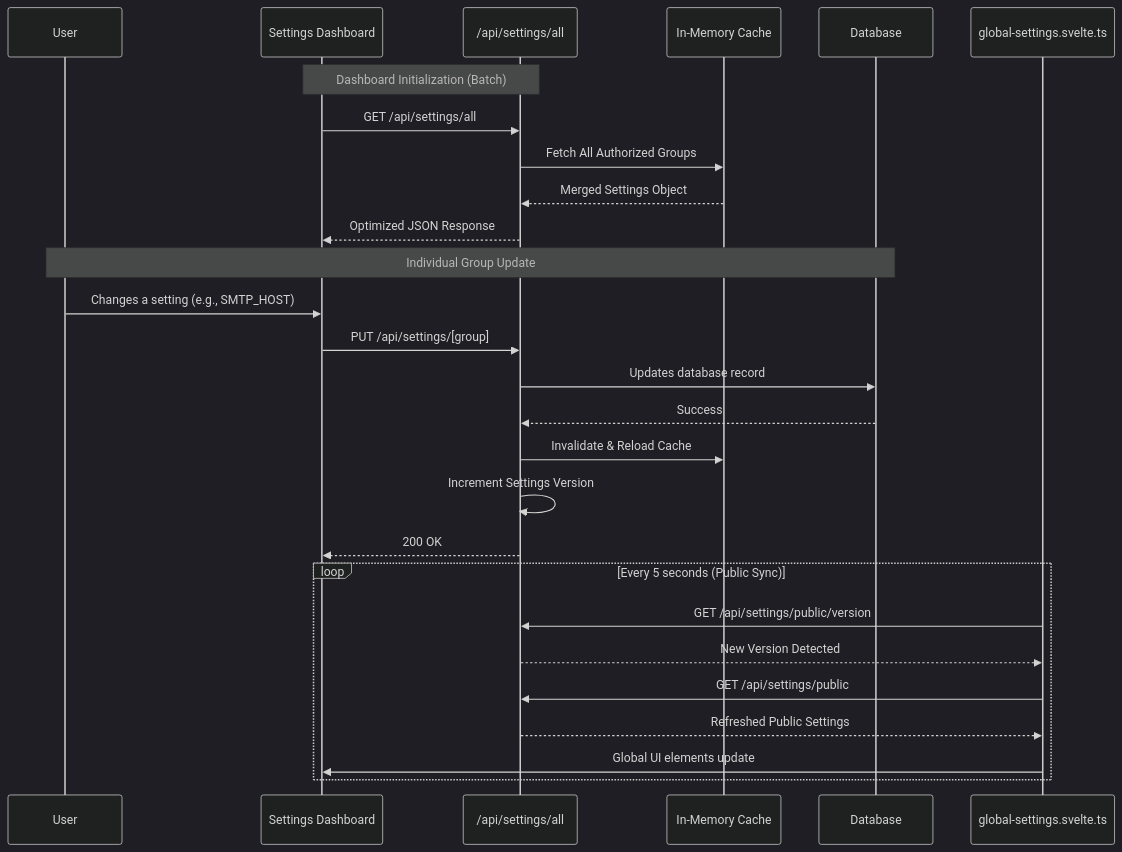
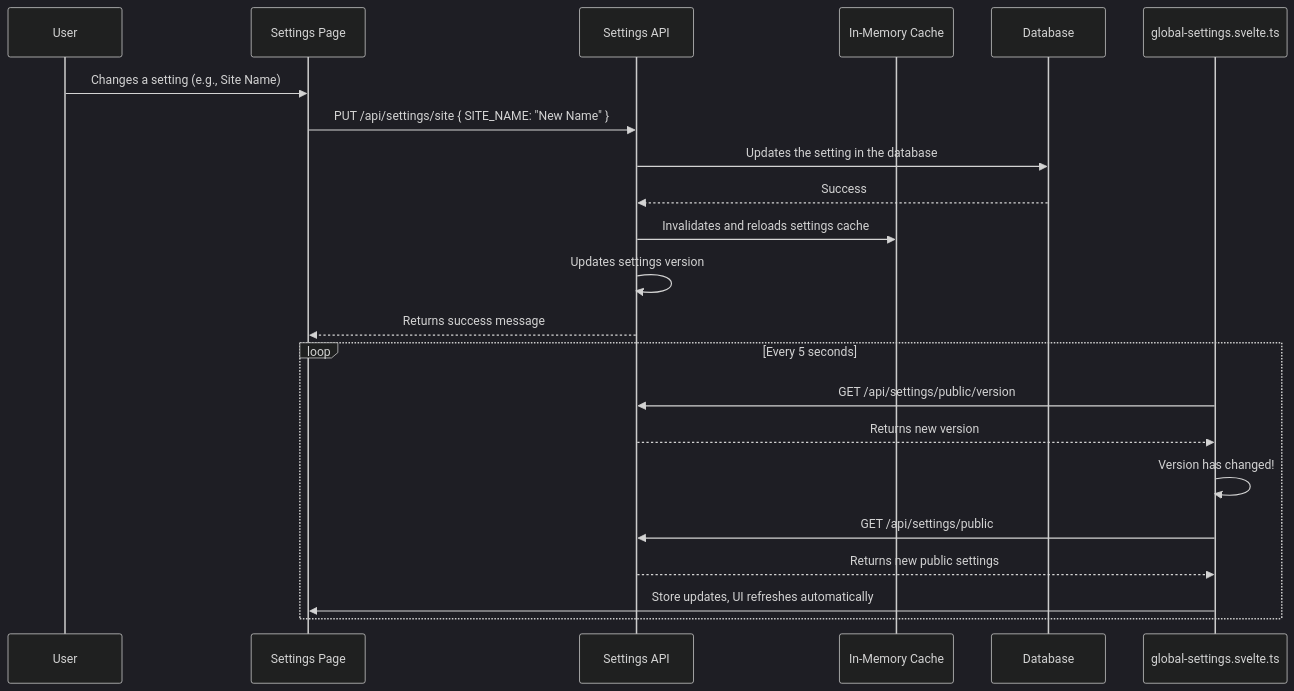
Before and after one commit to SveltyCMS/SveltyCMS: the diagram in docs/architecture/system-settings-architecture.mdx, drawn with Mermaid (dark theme). The commit also changed other lines of this file and 1049 other files, not shown here.

````diff
--- a/docs/architecture/system-settings-architecture.mdx
+++ b/docs/architecture/system-settings-architecture.mdx
@@ -38,32 +36,26 @@
 ```mermaid
 sequenceDiagram
     participant User
-    participant UI as Settings Dashboard
-    participant API as /api/settings/all
+    participant UI as Settings Page
+    participant API as Settings API
     participant ServerCache as In-Memory Cache
     participant DB as Database
     participant ClientStore as global-settings.svelte.ts
 
-    Note over UI, API: Dashboard Initialization (Batch)
-    UI->>API: GET /api/settings/all
-    API->>ServerCache: Fetch All Authorized Groups
-    ServerCache-->>API: Merged Settings Object
-    API-->>UI: Optimized JSON Response
+    User->>UI: Changes a setting (e.g., Site Name)
+    UI->>API: PUT /api/settings/site { SITE_NAME: "New Name" }
+    API->>DB: Updates the setting in the database
+    DB-->>API: Success
+    API->>ServerCache: Invalidates and reloads settings cache
+    API->>API: Updates settings version
+    API-->>UI: Returns success message
 
-    Note over User, DB: Individual Group Update
-    User->>UI: Changes a setting (e.g., SMTP_HOST)
-    UI->>API: PUT /api/settings/[group]
-    API->>DB: Updates database record
-    DB-->>API: Success
-    API->>ServerCache: Invalidate & Reload Cache
-    API->>API: Increment Settings Version
-    API-->>UI: 200 OK
-
-    loop Every 5 seconds (Public Sync)
+    loop Every 5 seconds
         ClientStore->>API: GET /api/settings/public/version
-        API-->>ClientStore: New Version Detected
+        API-->>ClientStore: Returns new version
+        ClientStore->>ClientStore: Version has changed!
         ClientStore->>API: GET /api/settings/public
-        API-->>ClientStore: Refreshed Public Settings
-        ClientStore->>UI: Global UI elements update
+        API-->>ClientStore: Returns new public settings
+        ClientStore->>UI: Store updates, UI refreshes automatically
     end
 ```
````
